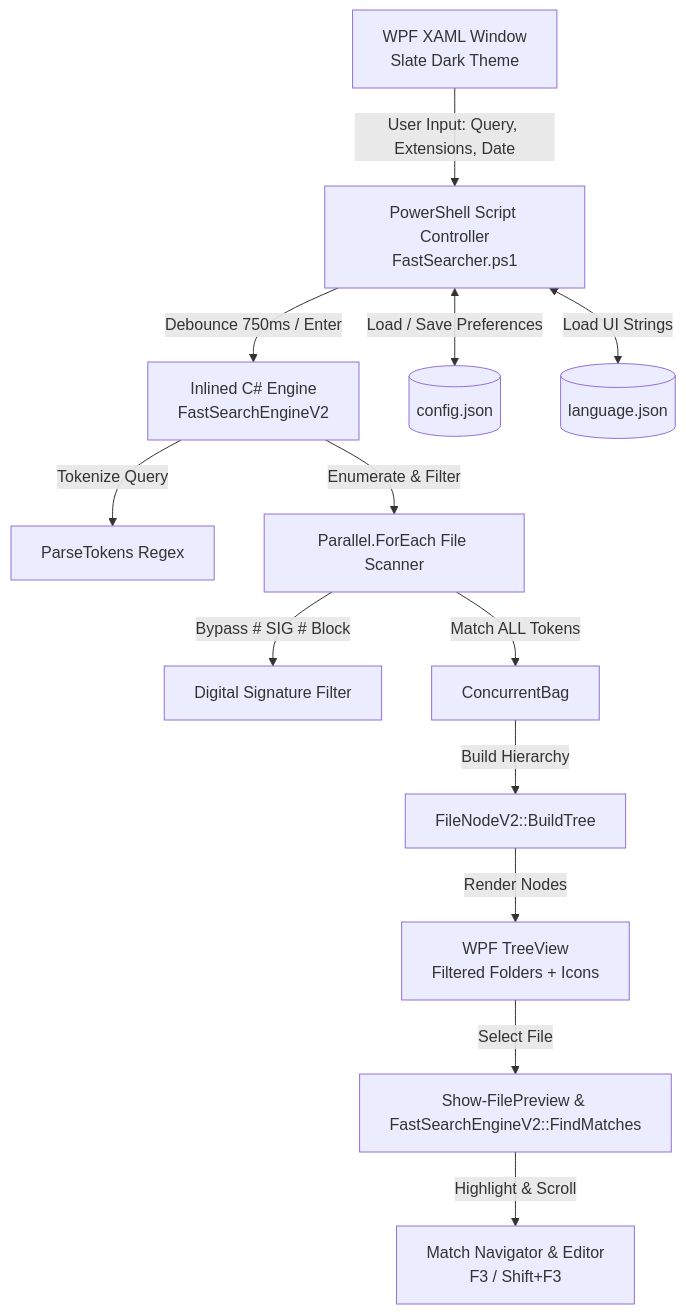
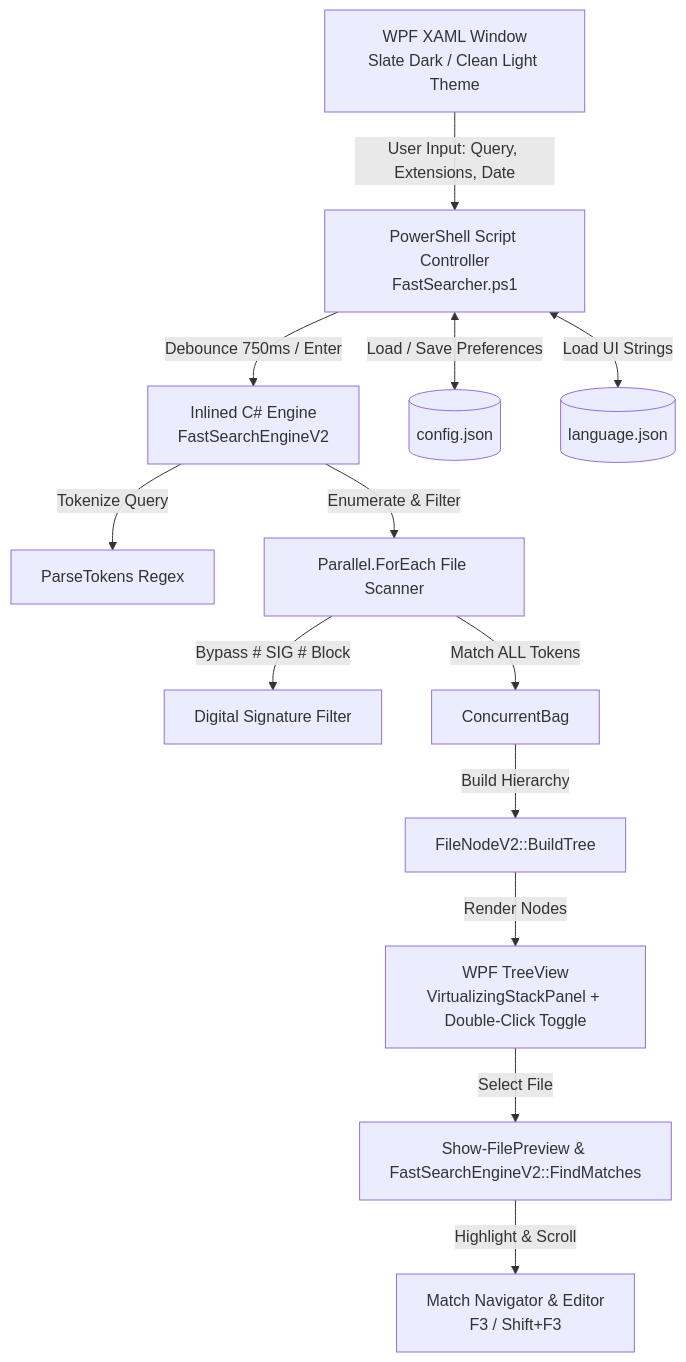
One commit to amnich/FastSearcher changed the diagram in README.md. Above: the diagram before and after it, drawn with Mermaid. The commit also changed other lines of this file, not shown here.

Commit message:
docs: update README with new UI theme features, improved documentation, and refined search engine descriptions

````diff
--- a/README.md
+++ b/README.md
@@ -141,15 +157,15 @@
 ```mermaid
 flowchart TD
-    UI[WPF XAML Window\nSlate Dark Theme] -->|User Input: Query, Extensions, Date| Controller[PowerShell Script Controller\nFastSearcher.ps1]
+    UI[WPF XAML Window\nSlate Dark / Clean Light Theme] -->|User Input: Query, Extensions, Date| Controller[PowerShell Script Controller\nFastSearcher.ps1]
     Controller -->|Debounce 750ms / Enter| Engine[Inlined C# Engine\nFastSearchEngineV2]
     Engine -->|Tokenize Query| Tokenizer[ParseTokens Regex]
     Engine -->|Enumerate & Filter| Scanner[Parallel.ForEach File Scanner]
     Scanner -->|Bypass # SIG # Block| SigFilter[Digital Signature Filter]
     Scanner -->|Match ALL Tokens| Results[ConcurrentBag<SearchResultItemV2>]
     Results -->|Build Hierarchy| TreeBuilder[FileNodeV2::BuildTree]
-    TreeBuilder -->|Render Nodes| TreeView[WPF TreeView\nFiltered Folders + Icons]
+    TreeBuilder -->|Render Nodes| TreeView[WPF TreeView\nVirtualizingStackPanel + Double-Click Toggle]
     TreeView -->|Select File| Preview[Show-FilePreview & FastSearchEngineV2::FindMatches]
     Preview -->|Highlight & Scroll| MatchNav[Match Navigator & Editor\nF3 / Shift+F3]
     Controller <-->|Load / Save Preferences| Config[(config.json)]
     Controller <-->|Load UI Strings| Lang[(language.json)]
 ```
````
